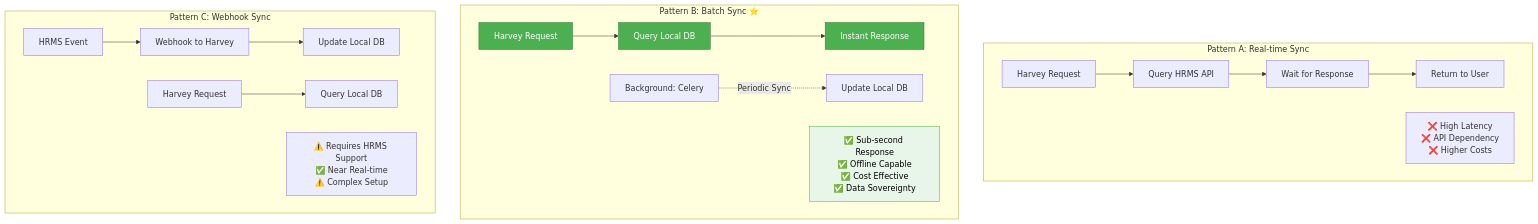
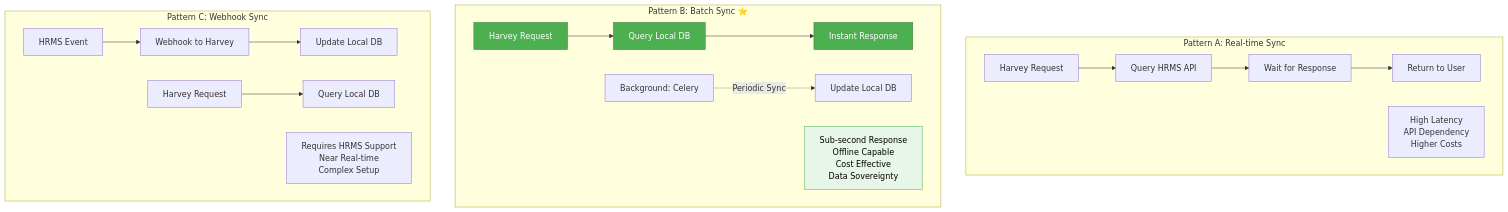
One commit to nathanmendis/project-harvey-test changed the seventh of 9 diagrams in Documentiation/HR_INTEGRATION_DIAGRAMS.md. Above: the diagram before and after it, drawn with Mermaid. The commit also changed other lines of this file and 32 other files, not shown here.

````diff
--- a/Documentiation/HR_INTEGRATION_DIAGRAMS.md
+++ b/Documentiation/HR_INTEGRATION_DIAGRAMS.md
@@ -301,28 +301,28 @@
 ```mermaid
 graph TB
     subgraph "Pattern A: Real-time Sync"
         A1[Harvey Request] --> A2[Query HRMS API]
         A2 --> A3[Wait for Response]
         A3 --> A4[Return to User]
-        A5[❌ High Latency<br/>❌ API Dependency<br/>❌ Higher Costs]
+        A5[ High Latency<br/> API Dependency<br/> Higher Costs]
     end
 
     subgraph "Pattern B: Batch Sync ⭐"
         B1[Harvey Request] --> B2[Query Local DB]
         B2 --> B3[Instant Response]
         B4[Background: Celery] -.->|Periodic Sync| B5[Update Local DB]
-        B6[✅ Sub-second Response<br/>✅ Offline Capable<br/>✅ Cost Effective<br/>✅ Data Sovereignty]
+        B6[ Sub-second Response<br/> Offline Capable<br/> Cost Effective<br/> Data Sovereignty]
     end
 
     subgraph "Pattern C: Webhook Sync"
         C1[HRMS Event] --> C2[Webhook to Harvey]
         C2 --> C3[Update Local DB]
         C4[Harvey Request] --> C5[Query Local DB]
-        C6[⚠️ Requires HRMS Support<br/>✅ Near Real-time<br/>⚠️ Complex Setup]
+        C6[ Requires HRMS Support<br/> Near Real-time<br/> Complex Setup]
     end
 
     style B1 fill:#4CAF50,stroke:#2E7D32,color:#fff
     style B2 fill:#4CAF50,stroke:#2E7D32,color:#fff
     style B3 fill:#4CAF50,stroke:#2E7D32,color:#fff
     style B6 fill:#E8F5E9,stroke:#4CAF50,color:#000
 ```
````
